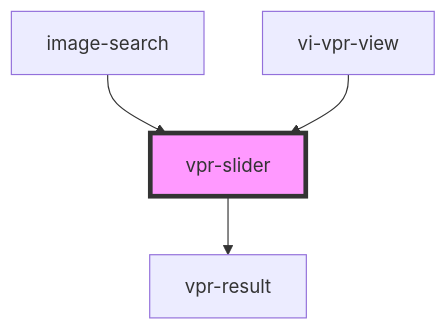
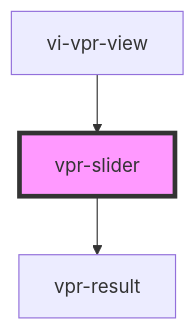
One commit to vviinn/widgets changed the diagram in src/components/vpr-slider/readme.md. Above: the diagram before and after it, drawn with Mermaid. The commit also changed other lines of this file and 8 other files, not shown here.

````diff
--- a/src/components/vpr-slider/readme.md
+++ b/src/components/vpr-slider/readme.md
@@ -53,7 +52,6 @@
 ```mermaid
 graph TD;
   vpr-slider --> vpr-result
-  image-search --> vpr-slider
   vi-vpr-view --> vpr-slider
   style vpr-slider fill:#f9f,stroke:#333,stroke-width:4px
 ```
````
